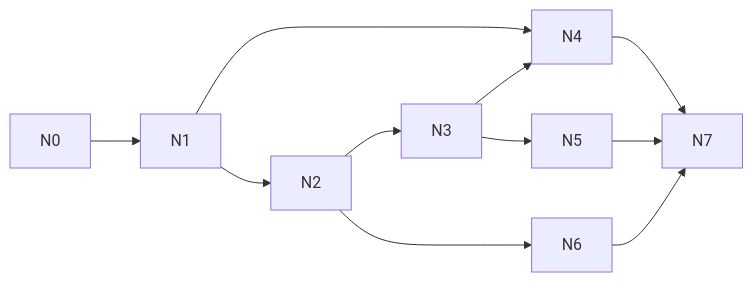
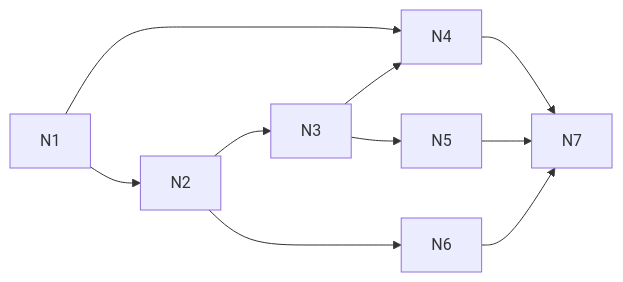
The diagram in docs/specs/linked-notes-build.md (szymonbalasz/pocket-plane), drawn with Mermaid before and after one commit. The commit also changed other lines of this file and 4 other files, not shown here.

````diff
--- a/docs/specs/linked-notes-build.md
+++ b/docs/specs/linked-notes-build.md
@@ -121,13 +90,12 @@
 ```mermaid
 graph LR
-  N0 --> N1
   N1 --> N2
   N1 --> N4
   N2 --> N3
   N3 --> N4
   N3 --> N5
   N2 --> N6
   N4 --> N7
   N5 --> N7
   N6 --> N7
 ```
````
